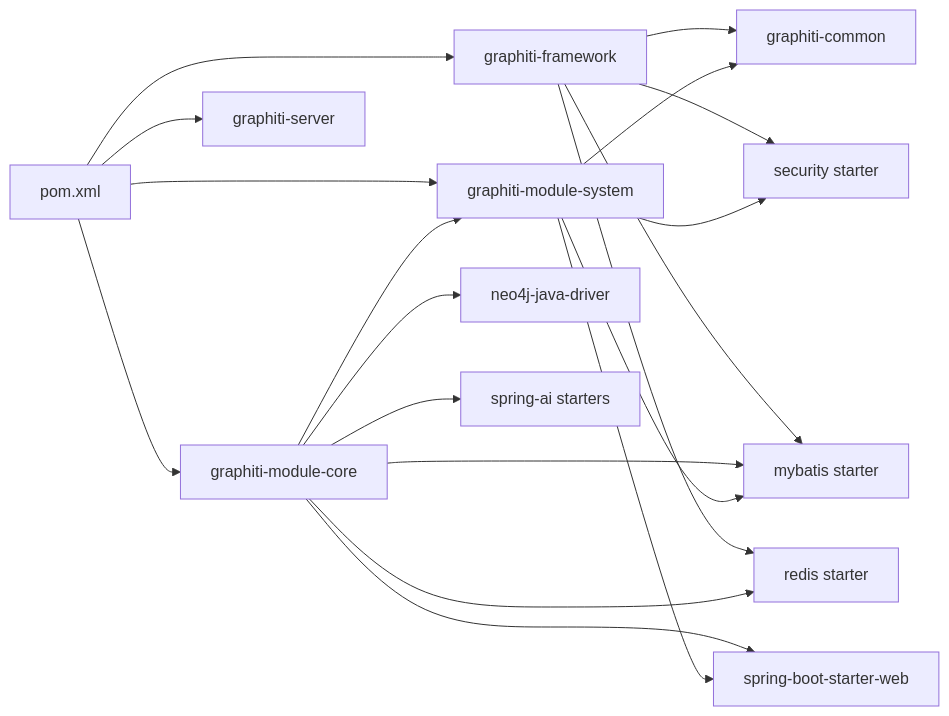
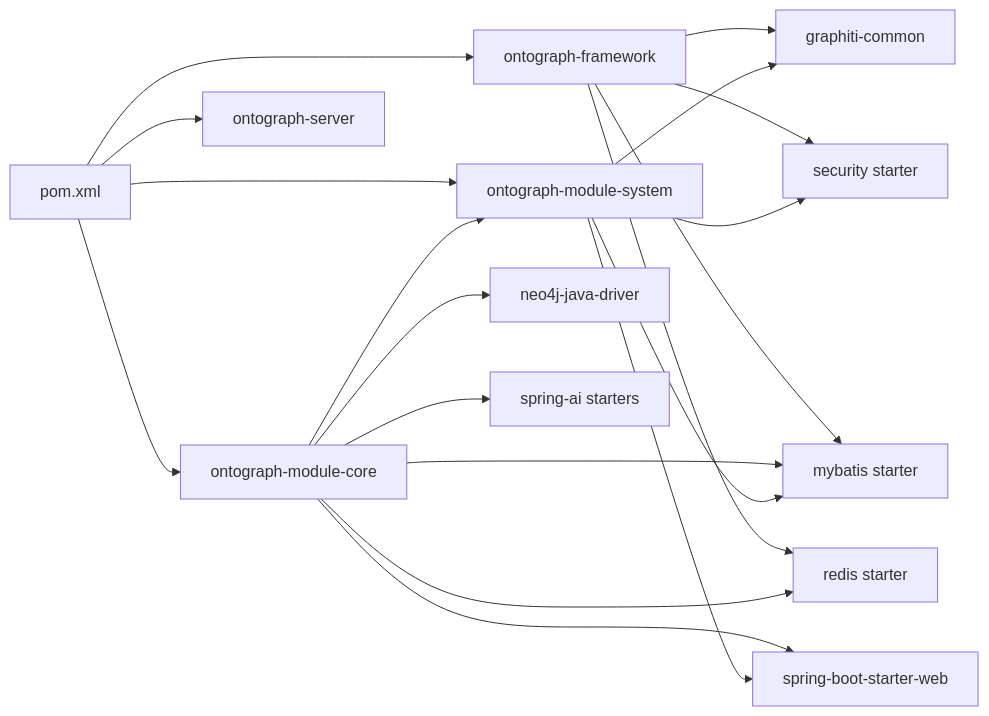
Before and after one commit to joezxh/graphiti-java: the seventh of 7 diagrams in docs/manual/项目概述/架构总览.md, drawn with Mermaid. The commit also changed other lines of this file and 200 other files, not shown here.

````diff
--- a/docs/manual/项目概述/架构总览.md
+++ b/docs/manual/项目概述/架构总览.md
@@ -313,21 +313,21 @@
 ```mermaid
 graph LR
-ROOT[pom.xml] --> FRAMEWORK[graphiti-framework]
-ROOT --> SYSTEM[graphiti-module-system]
-ROOT --> CORE[graphiti-module-core]
-ROOT --> SERVER[graphiti-server]
+ROOT[pom.xml] --> FRAMEWORK[ontograph-framework]
+ROOT --> SYSTEM[ontograph-module-system]
+ROOT --> CORE[ontograph-module-core]
+ROOT --> SERVER[ontograph-server]
 FRAMEWORK --> COMMON[graphiti-common]
 FRAMEWORK --> SEC[security starter]
 FRAMEWORK --> MB[mybatis starter]
 FRAMEWORK --> RDS[redis starter]
 CORE --> SYSTEM
 CORE --> WEB[spring-boot-starter-web]
 CORE --> MB
 CORE --> RDS
 CORE --> NEO4J[neo4j-java-driver]
 CORE --> AI[spring-ai starters]
 SYSTEM --> COMMON
 SYSTEM --> SEC
 SYSTEM --> MB
 SYSTEM --> WEB
 ```
````
